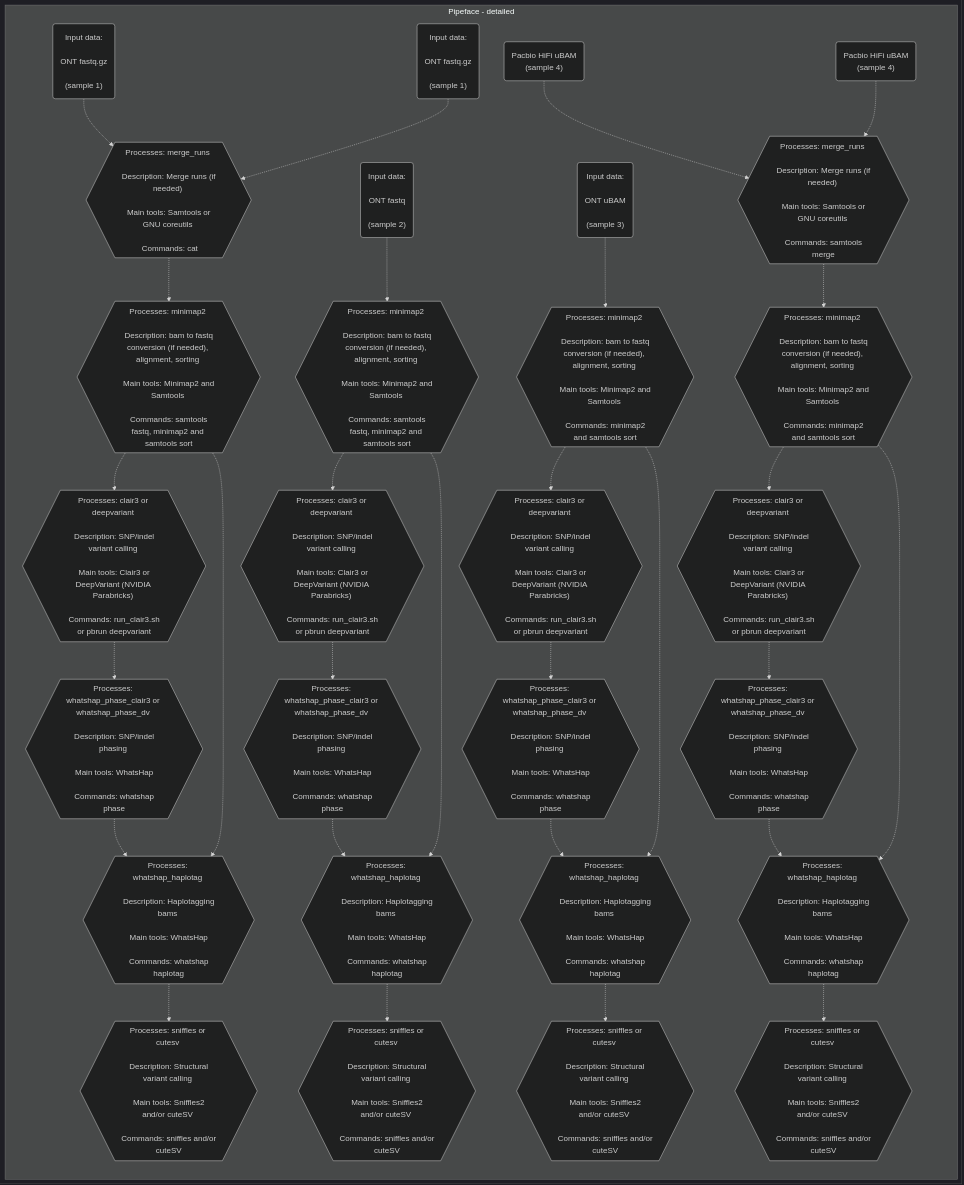
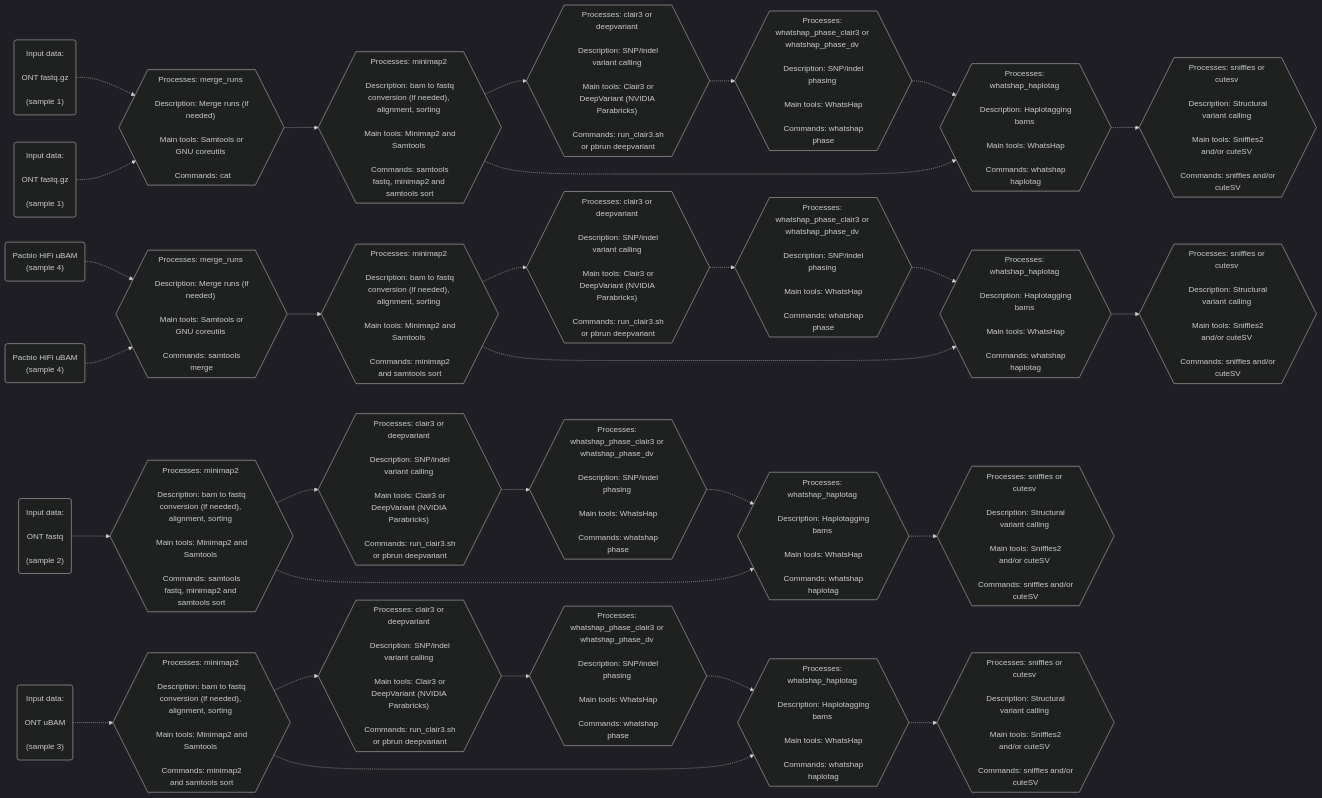
One commit to leahkemp/pipeface changed the second of 2 diagrams in README.md. Above: the diagram before and after it, drawn with Mermaid. The commit also changed other lines of this file, not shown here.

````diff
--- a/README.md
+++ b/README.md
@@ -39,58 +35,54 @@
 ```mermaid
 %%{init: {'theme':'dark'}}%%
 flowchart LR
-
-subgraph "Pipeface - detailed"
 
 ont_data_f1("Input data: \n\n ONT fastq.gz \n\n (sample 1)")
 ont_data_f2("Input data: \n\n ONT fastq.gz \n\n (sample 1)")
 ont_data_f3("Input data: \n\n ONT fastq \n\n (sample 2)")
 ont_data_f4("Input data: \n\n ONT uBAM \n\n (sample 3)")
 
 pacbio_data_f5("Pacbio HiFi uBAM \n (sample 4)")
 pacbio_data_f6("Pacbio HiFi uBAM \n (sample 4)")
 
 merging_m1{{"Processes: merge_runs \n\n Description: Merge runs (if needed) \n\n Main tools: Samtools or GNU coreutils \n\n Commands: cat"}}
 merging_m2{{"Processes: merge_runs \n\n Description: Merge runs (if needed) \n\n Main tools: Samtools or GNU coreutils \n\n Commands: samtools merge"}}
 
 alignment_s1{{"Processes: minimap2 \n\n Description: bam to fastq conversion (if needed), alignment, sorting \n\n Main tools: Minimap2 and Samtools \n\n Commands: samtools fastq, minimap2 and samtools sort"}}
 alignment_s2{{"Processes: minimap2 \n\n Description: bam to fastq conversion (if needed), alignment, sorting \n\n Main tools: Minimap2 and Samtools \n\n Commands: samtools fastq, minimap2 and samtools sort"}}
 alignment_s3{{"Processes: minimap2 \n\n Description: bam to fastq conversion (if needed), alignment, sorting \n\n Main tools: Minimap2 and Samtools \n\n Commands: minimap2 and samtools sort"}}
 alignment_s4{{"Processes: minimap2 \n\n Description: bam to fastq conversion (if needed), alignment, sorting \n\n Main tools: Minimap2 and Samtools \n\n Commands: minimap2 and samtools sort"}}
 
 snp_indel_calling_s1{{"Processes: clair3 or deepvariant \n\n Description: SNP/indel variant calling \n\n Main tools: Clair3 or DeepVariant (NVIDIA Parabricks) \n\n Commands: run_clair3.sh or pbrun deepvariant"}}
 snp_indel_calling_s2{{"Processes: clair3 or deepvariant \n\n Description: SNP/indel variant calling \n\n Main tools: Clair3 or DeepVariant (NVIDIA Parabricks) \n\n Commands: run_clair3.sh or pbrun deepvariant"}}
 snp_indel_calling_s3{{"Processes: clair3 or deepvariant \n\n Description: SNP/indel variant calling \n\n Main tools: Clair3 or DeepVariant (NVIDIA Parabricks) \n\n Commands: run_clair3.sh or pbrun deepvariant"}}
 snp_indel_calling_s4{{"Processes: clair3 or deepvariant \n\n Description: SNP/indel variant calling \n\n Main tools: Clair3 or DeepVariant (NVIDIA Parabricks) \n\n Commands: run_clair3.sh or pbrun deepvariant"}}
 
 snp_indel_phasing_s1{{"Processes: whatshap_phase_clair3 or whatshap_phase_dv \n\n Description: SNP/indel phasing \n\n Main tools: WhatsHap \n\n Commands: whatshap phase"}}
 snp_indel_phasing_s2{{"Processes: whatshap_phase_clair3 or whatshap_phase_dv \n\n Description: SNP/indel phasing \n\n Main tools: WhatsHap \n\n Commands: whatshap phase"}}
 snp_indel_phasing_s3{{"Processes: whatshap_phase_clair3 or whatshap_phase_dv \n\n Description: SNP/indel phasing \n\n Main tools: WhatsHap \n\n Commands: whatshap phase"}}
 snp_indel_phasing_s4{{"Processes: whatshap_phase_clair3 or whatshap_phase_dv \n\n Description: SNP/indel phasing \n\n Main tools: WhatsHap \n\n Commands: whatshap phase"}}
 
 haplotagging_s1{{"Processes: whatshap_haplotag \n\n Description: Haplotagging bams \n\n Main tools: WhatsHap \n\n Commands: whatshap haplotag"}}
 haplotagging_s2{{"Processes: whatshap_haplotag \n\n Description: Haplotagging bams \n\n Main tools: WhatsHap \n\n Commands: whatshap haplotag"}}
 haplotagging_s3{{"Processes: whatshap_haplotag \n\n Description: Haplotagging bams \n\n Main tools: WhatsHap \n\n Commands: whatshap haplotag"}}
 haplotagging_s4{{"Processes: whatshap_haplotag \n\n Description: Haplotagging bams \n\n Main tools: WhatsHap \n\n Commands: whatshap haplotag"}}
 
 sv_calling_s1{{"Processes: sniffles or cutesv \n\n Description: Structural variant calling \n\n Main tools: Sniffles2 and/or cuteSV \n\n Commands: sniffles and/or cuteSV"}}
 sv_calling_s2{{"Processes: sniffles or cutesv \n\n Description: Structural variant calling \n\n Main tools: Sniffles2 and/or cuteSV \n\n Commands: sniffles and/or cuteSV"}}
 sv_calling_s3{{"Processes: sniffles or cutesv \n\n Description: Structural variant calling \n\n Main tools: Sniffles2 and/or cuteSV \n\n Commands: sniffles and/or cuteSV"}}
 sv_calling_s4{{"Processes: sniffles or cutesv \n\n Description: Structural variant calling \n\n Main tools: Sniffles2 and/or cuteSV \n\n Commands: sniffles and/or cuteSV"}}
 
 ont_data_f1-.->merging_m1-.->alignment_s1-.->snp_indel_calling_s1-.->snp_indel_phasing_s1-.->haplotagging_s1-.->sv_calling_s1
 ont_data_f2-.->merging_m1
 ont_data_f3-.->alignment_s2-.->snp_indel_calling_s2-.->snp_indel_phasing_s2-.->haplotagging_s2-.->sv_calling_s2
 ont_data_f4-.->alignment_s3-.->snp_indel_calling_s3-.->snp_indel_phasing_s3-.->haplotagging_s3-.->sv_calling_s3
 
 pacbio_data_f5-.->merging_m2-.->alignment_s4-.->snp_indel_calling_s4-.->snp_indel_phasing_s4-.->haplotagging_s4-.->sv_calling_s4
 pacbio_data_f6-.->merging_m2
 
 alignment_s1-.->haplotagging_s1
 alignment_s2-.->haplotagging_s2
 alignment_s3-.->haplotagging_s3
 alignment_s4-.->haplotagging_s4
 
-end
-
 ```
````
